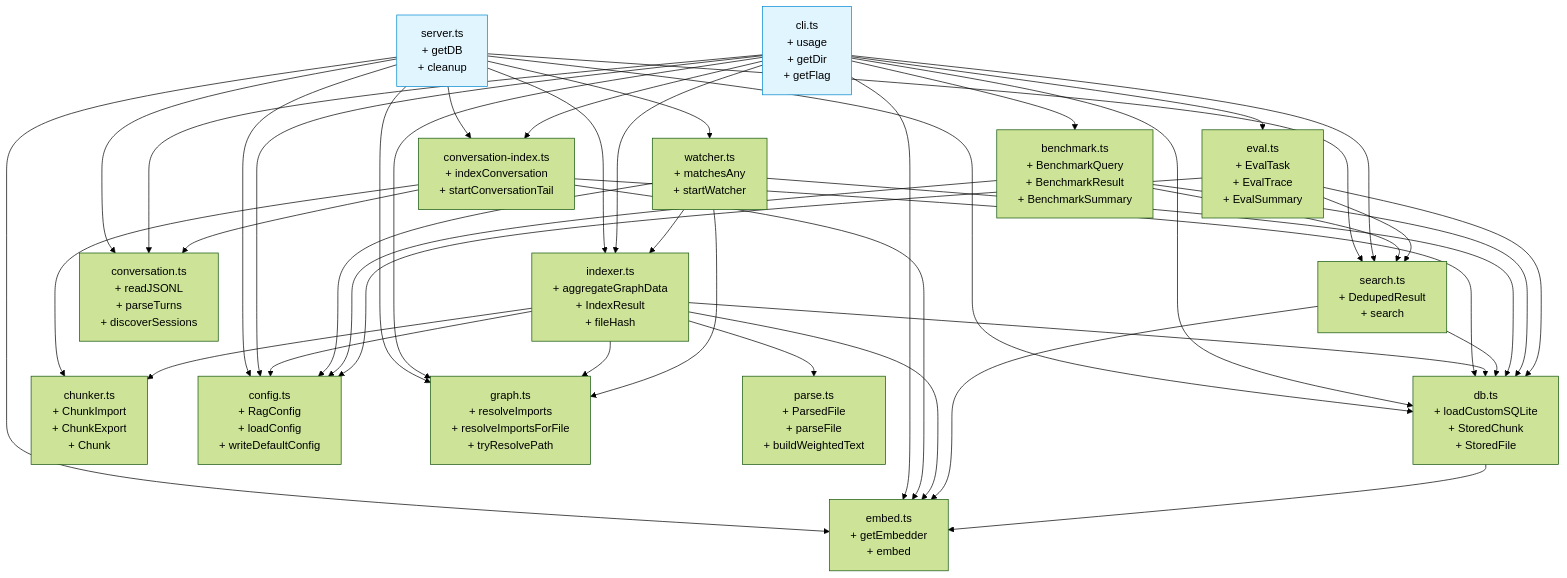
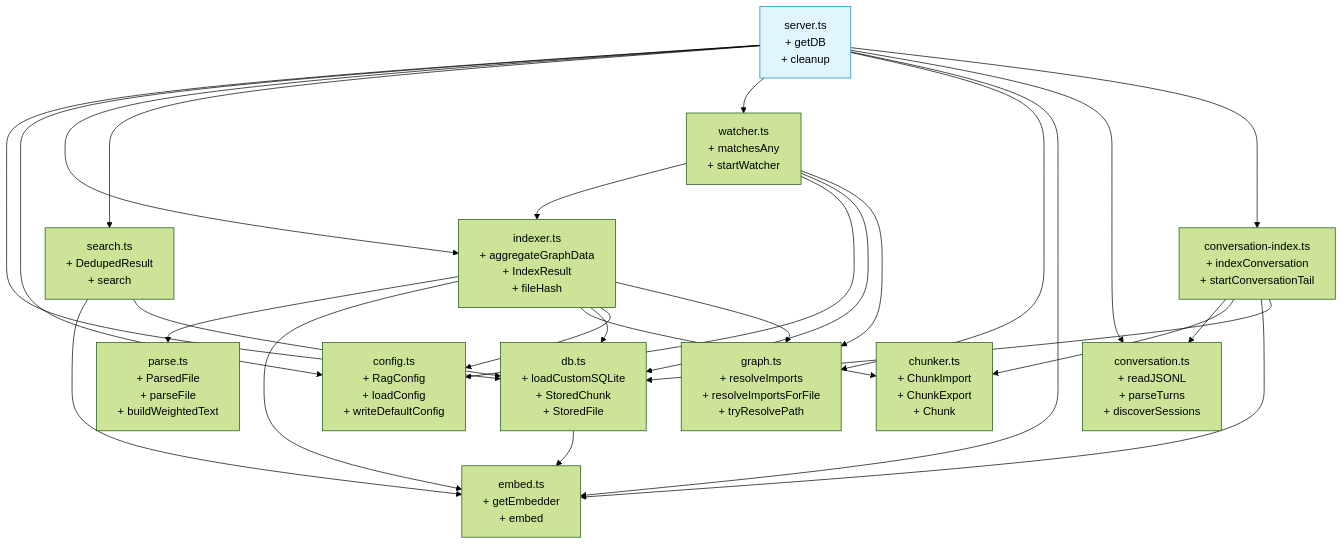
The first of 2 diagrams in README.md (TheWinci/local-rag), drawn with Mermaid (forest theme) before and after one commit. The commit also changed other lines of this file, not shown here.

````diff
--- a/README.md
+++ b/README.md
@@ -340,62 +218,42 @@
 ```mermaid
 graph TD
   server_ts["server.ts\n+ getDB\n+ cleanup"]
-  cli_ts["cli.ts\n+ usage\n+ getDir\n+ getFlag"]
   db_ts["db.ts\n+ loadCustomSQLite\n+ StoredChunk\n+ StoredFile"]
   search_ts["search.ts\n+ DedupedResult\n+ search"]
   indexer_ts["indexer.ts\n+ aggregateGraphData\n+ IndexResult\n+ fileHash"]
   chunker_ts["chunker.ts\n+ ChunkImport\n+ ChunkExport\n+ Chunk"]
   embed_ts["embed.ts\n+ getEmbedder\n+ embed"]
   config_ts["config.ts\n+ RagConfig\n+ loadConfig\n+ writeDefaultConfig"]
   graph_ts["graph.ts\n+ resolveImports\n+ resolveImportsForFile\n+ tryResolvePath"]
   parse_ts["parse.ts\n+ ParsedFile\n+ parseFile\n+ buildWeightedText"]
   watcher_ts["watcher.ts\n+ matchesAny\n+ startWatcher"]
-  benchmark_ts["benchmark.ts\n+ BenchmarkQuery\n+ BenchmarkResult\n+ BenchmarkSummary"]
-  eval_ts["eval.ts\n+ EvalTask\n+ EvalTrace\n+ EvalSummary"]
   conversation_ts["conversation.ts\n+ readJSONL\n+ parseTurns\n+ discoverSessions"]
   conversation_index_ts["conversation-index.ts\n+ indexConversation\n+ startConversationTail"]
   server_ts --> db_ts
   server_ts --> config_ts
   server_ts --> indexer_ts
   server_ts --> search_ts
   server_ts --> watcher_ts
   server_ts --> graph_ts
   server_ts --> embed_ts
   server_ts --> conversation_ts
   server_ts --> conversation_index_ts
-  cli_ts --> db_ts
-  cli_ts --> config_ts
-  cli_ts --> indexer_ts
-  cli_ts --> search_ts
-  cli_ts --> benchmark_ts
-  cli_ts --> eval_ts
-  cli_ts --> graph_ts
-  cli_ts --> embed_ts
-  cli_ts --> conversation_ts
-  cli_ts --> conversation_index_ts
   conversation_index_ts --> conversation_ts
   conversation_index_ts --> chunker_ts
   conversation_index_ts --> embed_ts
   conversation_index_ts --> db_ts
   indexer_ts --> parse_ts
   indexer_ts --> embed_ts
   indexer_ts --> chunker_ts
   indexer_ts --> db_ts
   indexer_ts --> config_ts
   indexer_ts --> graph_ts
   search_ts --> embed_ts
   search_ts --> db_ts
   watcher_ts --> indexer_ts
   watcher_ts --> config_ts
   watcher_ts --> db_ts
   watcher_ts --> graph_ts
-  benchmark_ts --> db_ts
-  benchmark_ts --> search_ts
-  benchmark_ts --> config_ts
-  eval_ts --> db_ts
-  eval_ts --> search_ts
-  eval_ts --> config_ts
   db_ts --> embed_ts
   style server_ts fill:#e1f5fe,stroke:#0288d1
-  style cli_ts fill:#e1f5fe,stroke:#0288d1
 ```
````
